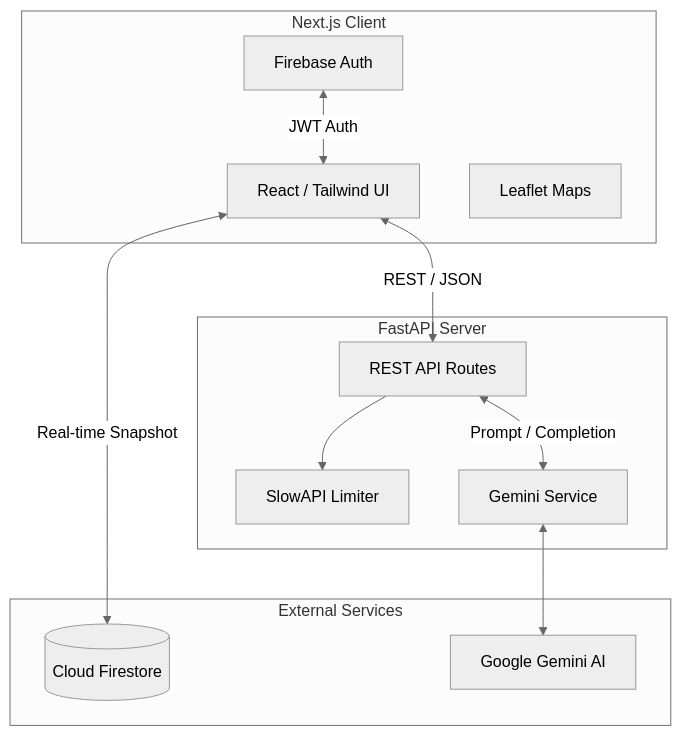
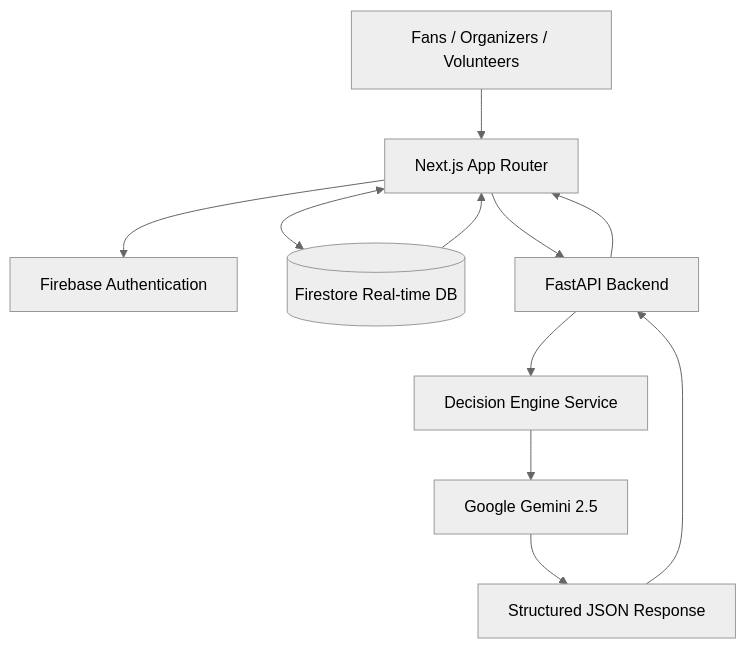
One commit to Prabhum21/StadiumIQ changed the first of 2 diagrams in README.md. Above: the diagram before and after it, drawn with Mermaid (neutral theme). The commit also changed other lines of this file and 9 other files, not shown here.

````diff
--- a/README.md
+++ b/README.md
@@ -18,26 +87,13 @@
 ```mermaid
-graph TD
-    subgraph Frontend [Next.js Client]
-        UI[React / Tailwind UI]
-        Map[Leaflet Maps]
-        Auth[Firebase Auth]
-    end
-
-    subgraph Backend [FastAPI Server]
-        API[REST API Routes]
-        Rate[SlowAPI Limiter]
-        Gemini[Gemini Service]
-    end
-
-    subgraph Cloud [External Services]
-        Firestore[(Cloud Firestore)]
-        GoogleAI[Google Gemini AI]
-    end
-
-    UI <-->|REST / JSON| API
-    UI <-->|Real-time Snapshot| Firestore
-    Auth <-->|JWT Auth| UI
-    API --> Rate
-    API <-->|Prompt / Completion| Gemini
-    Gemini <--> GoogleAI
+flowchart TD
+    Users[Fans / Organizers / Volunteers] --> NextJS[Next.js App Router]
+    NextJS --> FirebaseAuth[Firebase Authentication]
+    NextJS <--> Firestore[(Firestore Real-time DB)]
+    NextJS --> FastAPI[FastAPI Backend]
+    FastAPI --> DecisionEngine[Decision Engine Service]
+    DecisionEngine --> Gemini[Google Gemini 2.5]
+    Gemini --> JSON[Structured JSON Response]
+    JSON --> FastAPI
+    FastAPI --> NextJS
+    Firestore --> NextJS
 ```
````
